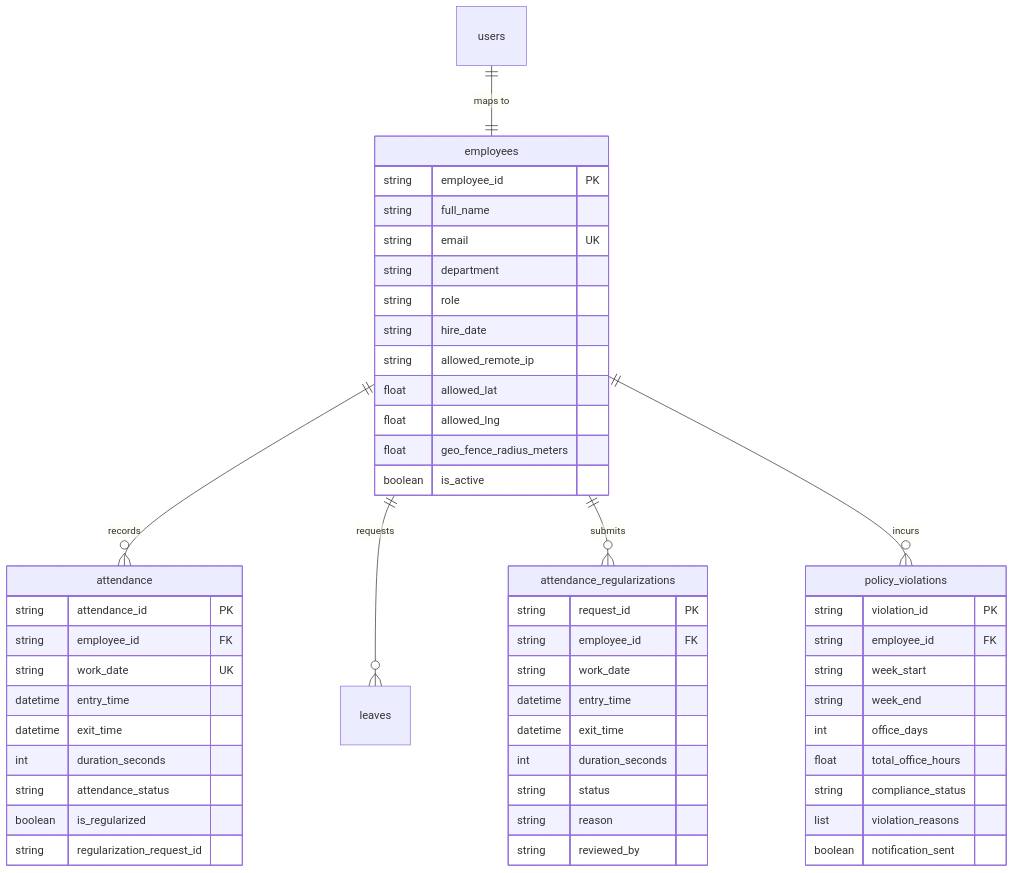
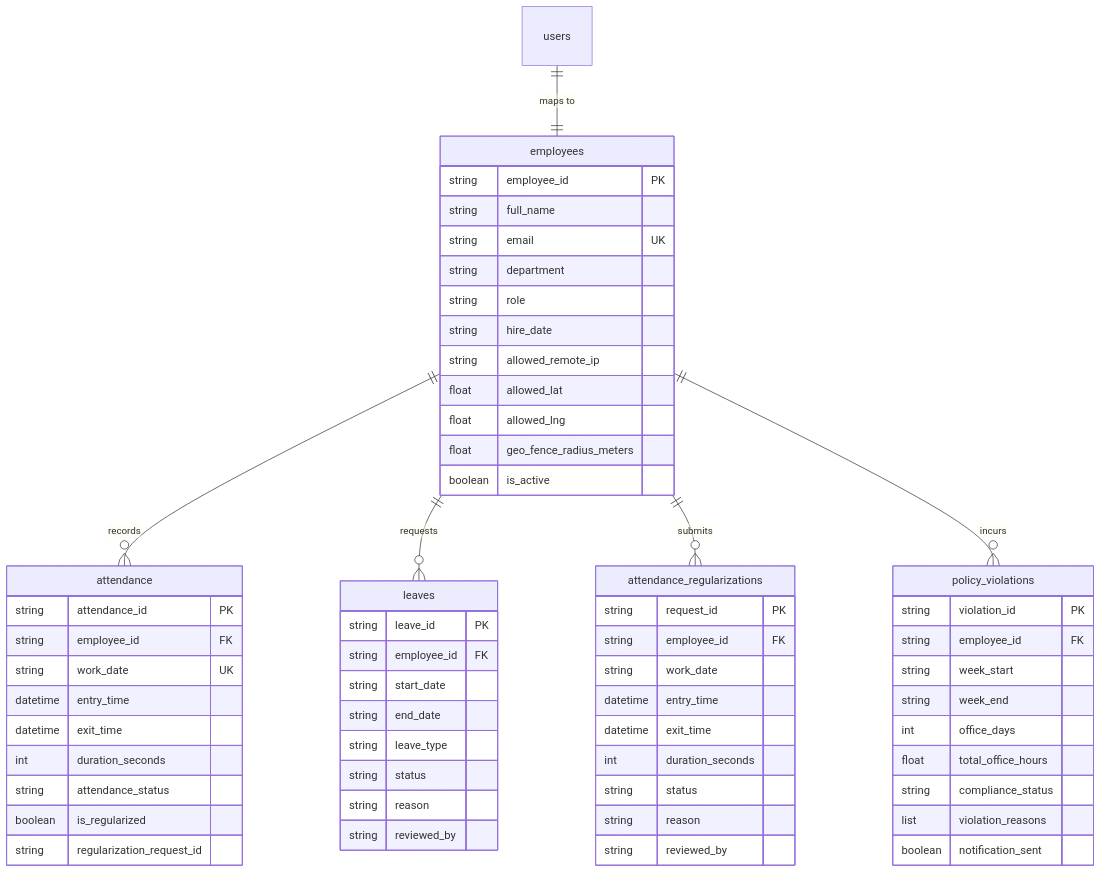
One commit to Venu5198/Attendance-Management-System. changed the seventh of 8 diagrams in docs/CENTRAL_ATTENDANCE_SYSTEM_ARCHITECTURE.md. Above: the diagram before and after it, drawn with Mermaid. The commit also changed other lines of this file, not shown here.

Commit message:
docs: enrich architecture spec with bulk leaves, proxy headers, O(1) map, and lifecycle states

````diff
--- a/docs/CENTRAL_ATTENDANCE_SYSTEM_ARCHITECTURE.md
+++ b/docs/CENTRAL_ATTENDANCE_SYSTEM_ARCHITECTURE.md
@@ -239,58 +304,69 @@
 ```mermaid
 erDiagram
     employees ||--o{ attendance : "records"
     employees ||--o{ leaves : "requests"
     employees ||--o{ attendance_regularizations : "submits"
     employees ||--o{ policy_violations : "incurs"
     users ||--|| employees : "maps to"
 
     employees {
         string employee_id PK
         string full_name
         string email UK
         string department
         string role
         string hire_date
         string allowed_remote_ip
         float allowed_lat
         float allowed_lng
         float geo_fence_radius_meters
         boolean is_active
     }
 
     attendance {
         string attendance_id PK
         string employee_id FK
         string work_date UK
         datetime entry_time
         datetime exit_time
         int duration_seconds
         string attendance_status
         boolean is_regularized
         string regularization_request_id
     }
 
     attendance_regularizations {
         string request_id PK
         string employee_id FK
         string work_date
         datetime entry_time
         datetime exit_time
         int duration_seconds
         string status
         string reason
         string reviewed_by
     }
 
+    leaves {
+        string leave_id PK
+        string employee_id FK
+        string start_date
+        string end_date
+        string leave_type
+        string status
+        string reason
+        string reviewed_by
+    }
+
     policy_violations {
         string violation_id PK
         string employee_id FK
         string week_start
         string week_end
         int office_days
         float total_office_hours
         string compliance_status
         list violation_reasons
         boolean notification_sent
     }
 ```
````
